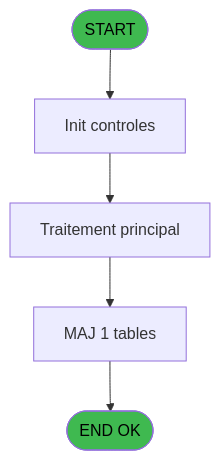
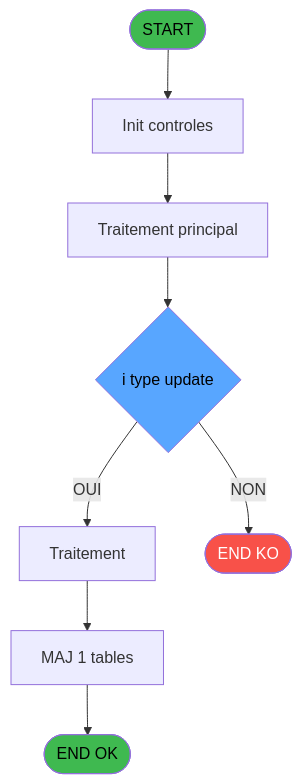
One commit to thonyAGP/lecteur-magic changed the first of 3 diagrams in .openspec/specs/ADH-IDE-29.md. Above: the diagram before and after it, drawn with Mermaid. The commit also changed other lines of this file and 493 other files, not shown here.

````diff
--- a/.openspec/specs/ADH-IDE-29.md
+++ b/.openspec/specs/ADH-IDE-29.md
@@ -69,14 +133,21 @@
 ```mermaid
 flowchart TD
     START([START])
     INIT[Init controles]
     SAISIE[Traitement principal]
+    DECISION{i type update}
+    PROCESS[Traitement]
     UPDATE[MAJ 1 tables]
     ENDOK([END OK])
+    ENDKO([END KO])
 
-    START --> INIT --> SAISIE
-    SAISIE --> UPDATE --> ENDOK
+    START --> INIT --> SAISIE --> DECISION
+    DECISION -->|OUI| PROCESS
+    DECISION -->|NON| ENDKO
+    PROCESS --> UPDATE --> ENDOK
 
     style START fill:#3fb950,color:#000
     style ENDOK fill:#3fb950,color:#000
+    style ENDKO fill:#f85149,color:#fff
+    style DECISION fill:#58a6ff,color:#000
 ```
````
